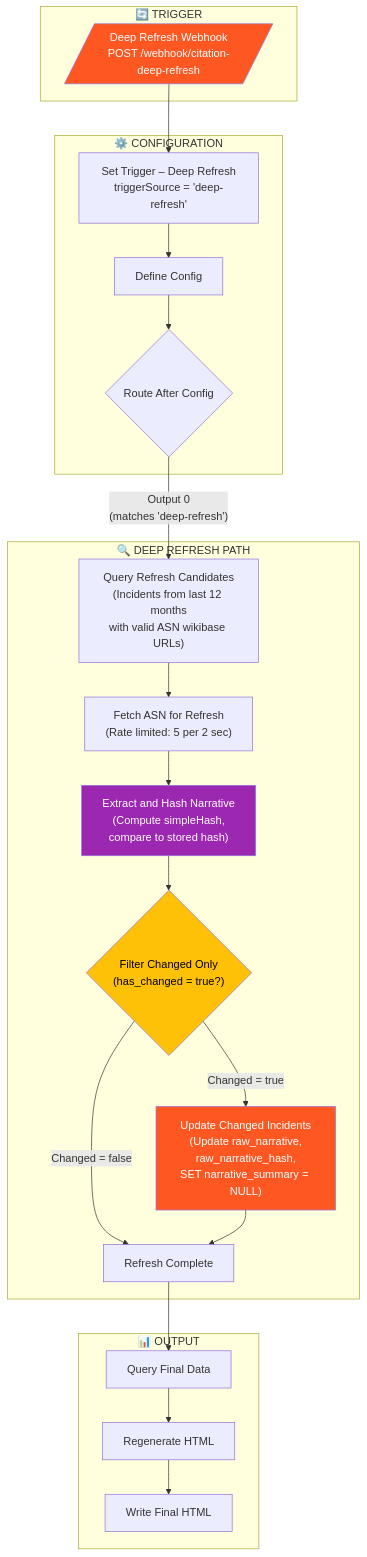
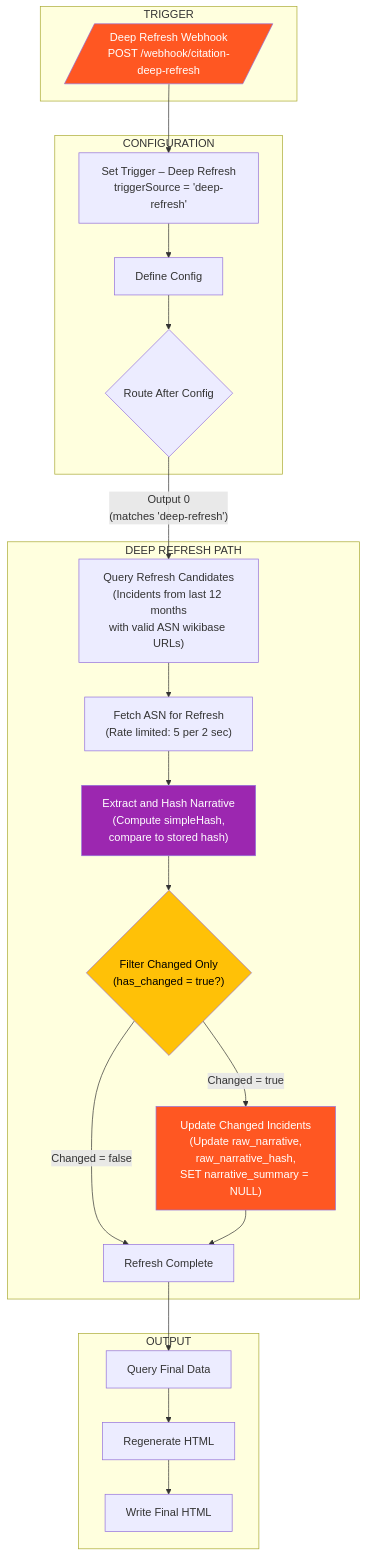
Before and after one commit to rjsears/aircraft_accident_tracker: the fifth of 11 diagrams in README.md, drawn with Mermaid. The commit also changed other lines of this file, not shown here.

````diff
--- a/README.md
+++ b/README.md
@@ -422,49 +422,49 @@
 ```mermaid
 flowchart TB
-    subgraph TRIGGER["🔄 TRIGGER"]
+    subgraph TRIGGER["TRIGGER"]
         T3[/"Deep Refresh Webhook<br/>POST /webhook/citation-deep-refresh"/]
     end
 
-    subgraph CONFIG["⚙️ CONFIGURATION"]
+    subgraph CONFIG["CONFIGURATION"]
         ST["Set Trigger – Deep Refresh<br/>triggerSource = 'deep-refresh'"]
         DC["Define Config"]
         RAC{"Route After Config"}
     end
 
-    subgraph REFRESH["🔍 DEEP REFRESH PATH"]
+    subgraph REFRESH["DEEP REFRESH PATH"]
         QRC["Query Refresh Candidates<br/>(Incidents from last 12 months<br/>with valid ASN wikibase URLs)"]
         FAR["Fetch ASN for Refresh<br/>(Rate limited: 5 per 2 sec)"]
         EHN["Extract and Hash Narrative<br/>(Compute simpleHash,<br/>compare to stored hash)"]
         FCO{"Filter Changed Only<br/>(has_changed = true?)"}
         UCI["Update Changed Incidents<br/>(Update raw_narrative,<br/>raw_narrative_hash,<br/>SET narrative_summary = NULL)"]
         RC["Refresh Complete"]
     end
 
-    subgraph OUTPUT["📊 OUTPUT"]
+    subgraph OUTPUT["OUTPUT"]
         QFD["Query Final Data"]
         RH["Regenerate HTML"]
         WFH["Write Final HTML"]
     end
 
     T3 --> ST
     ST --> DC
     DC --> RAC
     RAC -->|"Output 0<br/>(matches 'deep-refresh')"| QRC
     
     QRC --> FAR
     FAR --> EHN
     EHN --> FCO
     
     FCO -->|"Changed = true"| UCI
     FCO -->|"Changed = false"| RC
     
     UCI --> RC
     RC --> QFD
     QFD --> RH
     RH --> WFH
 
     style T3 fill:#FF5722,color:#fff
     style EHN fill:#9C27B0,color:#fff
     style FCO fill:#FFC107,color:#000
     style UCI fill:#FF5722,color:#fff
 ```
````
